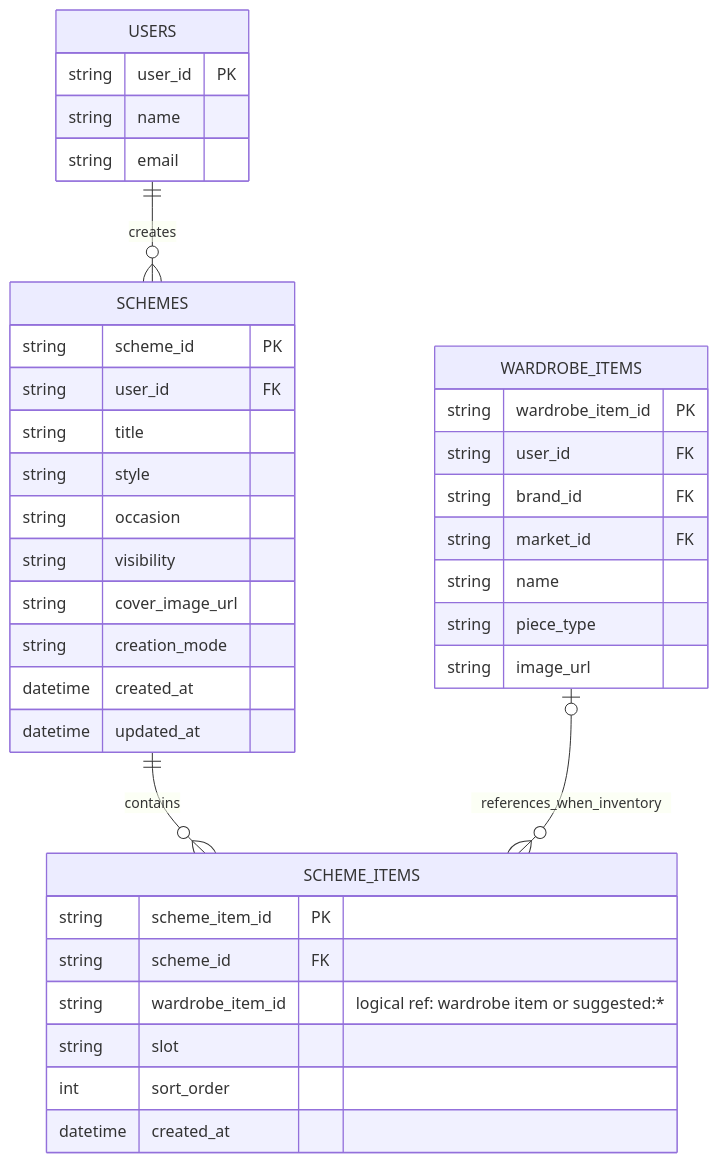
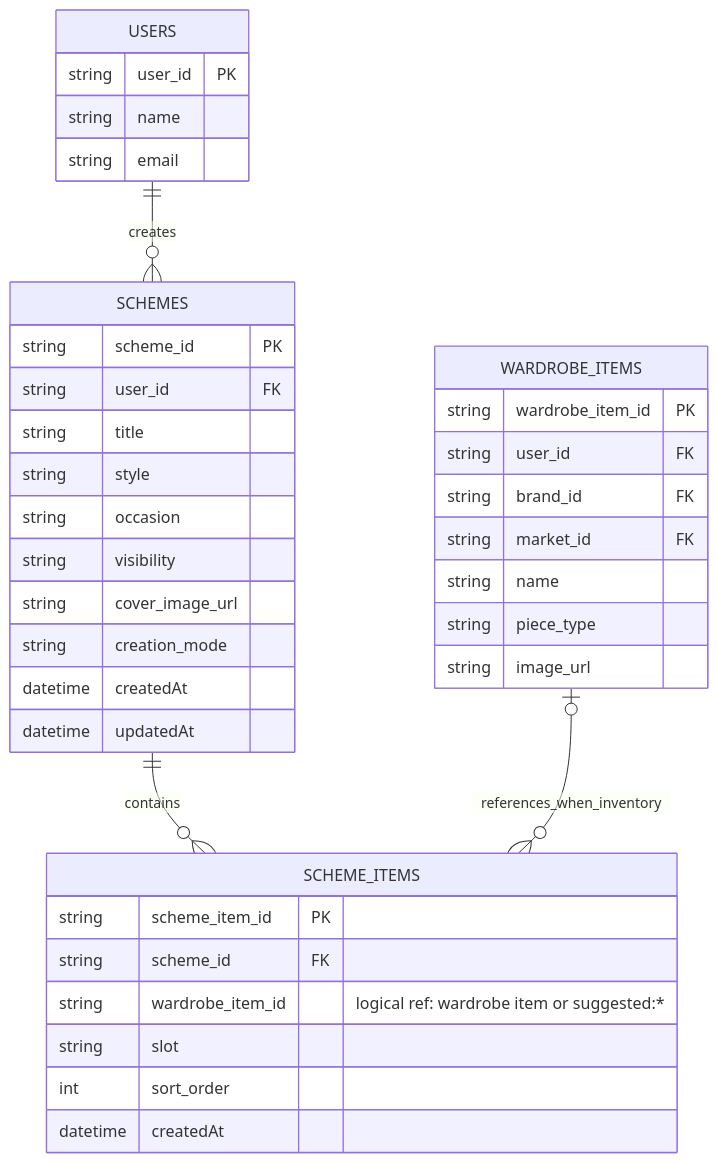
Before and after one commit to MatheusHaliski/SAI-TCC-2026: the second of 3 diagrams in docs/relational-entity-diagrams-activities.md, drawn with Mermaid. The commit also changed other lines of this file and 52 other files, not shown here.

````diff
--- a/docs/relational-entity-diagrams-activities.md
+++ b/docs/relational-entity-diagrams-activities.md
@@ -77,44 +77,44 @@
 ```mermaid
 erDiagram
     USERS ||--o{ SCHEMES : creates
     SCHEMES ||--o{ SCHEME_ITEMS : contains
     WARDROBE_ITEMS o|--o{ SCHEME_ITEMS : references_when_inventory
 
     USERS {
       string user_id PK
       string name
       string email
     }
 
     SCHEMES {
       string scheme_id PK
       string user_id FK
       string title
       string style
       string occasion
       string visibility
       string cover_image_url
       string creation_mode
-      datetime created_at
-      datetime updated_at
+      datetime createdAt
+      datetime updatedAt
     }
 
     SCHEME_ITEMS {
       string scheme_item_id PK
       string scheme_id FK
       string wardrobe_item_id "logical ref: wardrobe item or suggested:*"
       string slot
       int sort_order
-      datetime created_at
+      datetime createdAt
     }
 
     WARDROBE_ITEMS {
       string wardrobe_item_id PK
       string user_id FK
       string brand_id FK
       string market_id FK
       string name
       string piece_type
       string image_url
     }
 ```
````
